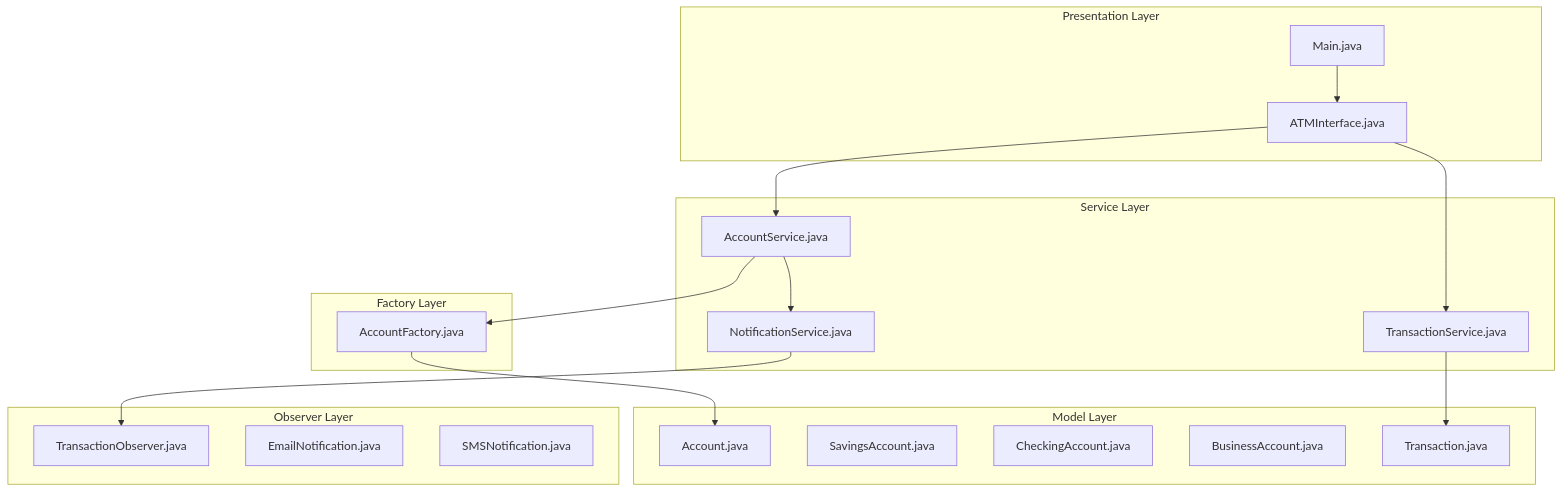
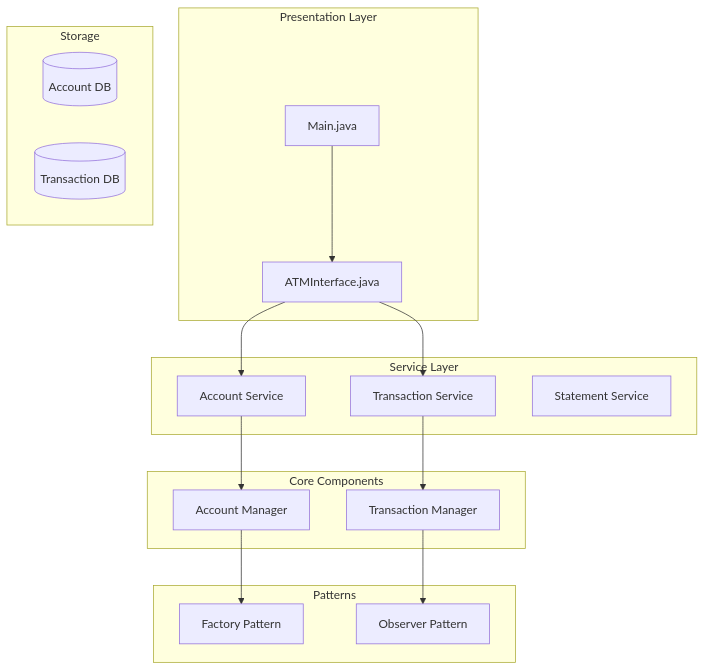
The first of 2 diagrams in 01-programming-languages/Java/02-oop/33-mini-projects/intermediate/bank-management/README.md (javaengineeringacademy/java-engineering-academy), drawn with Mermaid before and after one commit. The commit also changed other lines of this file and 48 other files, not shown here.

First line of the commit message:
fix: final polish for 10/10 - split long READMEs, fix duplicates, add diagrams

````diff
--- a/01-programming-languages/Java/02-oop/33-mini-projects/intermediate/bank-management/README.md
+++ b/01-programming-languages/Java/02-oop/33-mini-projects/intermediate/bank-management/README.md
@@ -45,40 +45,36 @@
 ```mermaid
 graph TB
     subgraph Presentation Layer
         Main[Main.java]
         ATM[ATMInterface.java]
     end
     
     subgraph Service Layer
-        AS[AccountService.java]
-        TS[TransactionService.java]
-        NS[NotificationService.java]
+        AccountService[Account Service]
+        TransactionService[Transaction Service]
+        StatementService[Statement Service]
     end
     
-    subgraph Factory Layer
-        AF[AccountFactory.java]
+    subgraph Core Components
+        AccountManager[Account Manager]
+        TransactionManager[Transaction Manager]
     end
     
-    subgraph Model Layer
-        A[Account.java]
-        SA[SavingsAccount.java]
-        CA[CheckingAccount.java]
-        BA[BusinessAccount.java]
-        T[Transaction.java]
+    subgraph Patterns
+        Factory[Factory Pattern]
+        Observer[Observer Pattern]
     end
     
-    subgraph Observer Layer
-        OL[TransactionObserver.java]
-        EL[EmailNotification.java]
-        SL[SMSNotification.java]
+    subgraph Storage
+        AccountDB[(Account DB)]
+        TransactionDB[(Transaction DB)]
     end
     
     Main --> ATM
-    ATM --> AS
-    ATM --> TS
-    AS --> AF
-    AF --> A
-    TS --> T
-    AS --> NS
-    NS --> OL
+    ATM --> AccountService
+    ATM --> TransactionService
+    AccountService --> AccountManager
+    TransactionService --> TransactionManager
+    AccountManager --> Factory
+    TransactionManager --> Observer
 ```
````
